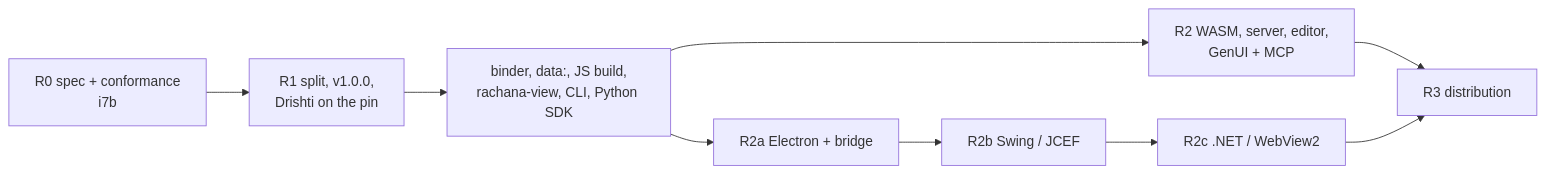
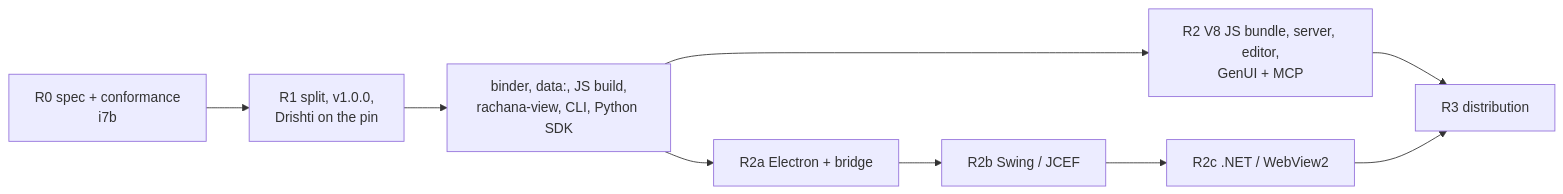
The diagram in docs/ROADMAP.md (ajsinha/drishti-rachana), drawn with Mermaid before and after one commit. The commit also changed other lines of this file and 4 other files, not shown here.

Commit message:
G1 re-check, small items: DECISIONS gets O3, O4 and O1 amended (2026-11-21); ROADMAP and README state language level 1.1 as built in G1; ROADMAP's Python path reads V8 (JS bundle); test_protocol column field order follows the spec's column list

````diff
--- a/docs/ROADMAP.md
+++ b/docs/ROADMAP.md
@@ -26,11 +26,11 @@
 ```mermaid
 flowchart LR
   R0[R0 spec + conformance<br/>i7b] --> R1a[R1 split, v1.0.0,<br/>Drishti on the pin]
   R1a --> R1b[binder, data:, JS build,<br/>rachana-view, CLI, Python SDK]
   R1b --> R2a[R2a Electron + bridge]
   R2a --> R2b[R2b Swing / JCEF]
   R2b --> R2c[R2c .NET / WebView2]
-  R1b --> R2[R2 WASM, server, editor,<br/>GenUI + MCP]
+  R1b --> R2[R2 V8 JS bundle, server, editor,<br/>GenUI + MCP]
   R2 --> R3[R3 distribution]
   R2c --> R3
 ```
````
